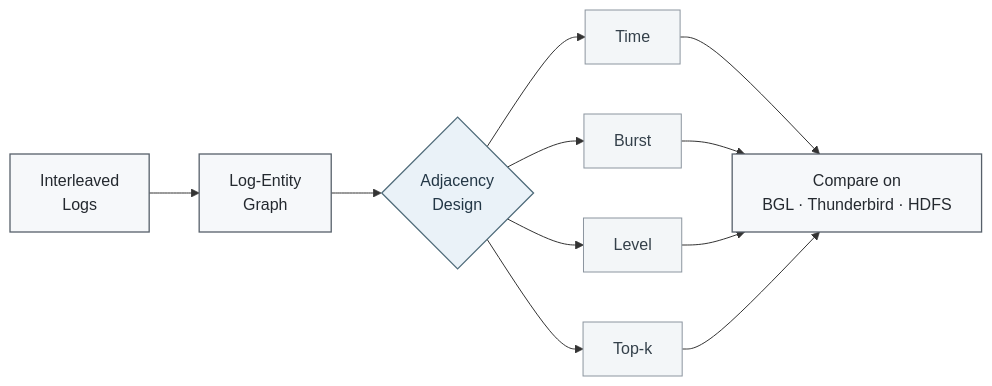
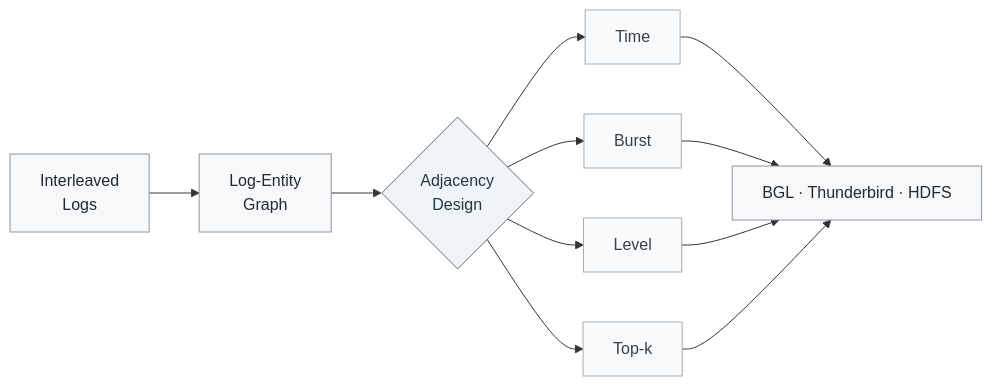
Before and after one commit to prosild/prosild: the first of 2 diagrams in README.md, drawn with Mermaid. The commit also changed other lines of this file, not shown here.

````diff
--- a/README.md
+++ b/README.md
@@ -43,23 +43,23 @@
 ```mermaid
 flowchart LR
     A["Interleaved<br/>Logs"] --> B["Log-Entity<br/>Graph"]
     B --> C{"Adjacency<br/>Design"}
 
     C --> D1["Time"]
     C --> D2["Burst"]
     C --> D3["Level"]
     C --> D4["Top-k"]
 
-    D1 --> E["Compare on<br/>BGL · Thunderbird · HDFS"]
+    D1 --> E["BGL · Thunderbird · HDFS"]
     D2 --> E
     D3 --> E
     D4 --> E
 
-    classDef main fill:#F6F8FA,stroke:#57606A,color:#24292F,stroke-width:1.3px;
-    classDef focus fill:#EAF2F8,stroke:#4F6B7A,color:#233746,stroke-width:1.3px;
-    classDef option fill:#F3F6F8,stroke:#8C959F,color:#34404A,stroke-width:1px;
+    classDef base fill:#f6f8fa,stroke:#8c959f,color:#24292f;
+    classDef focus fill:#eef4f7,stroke:#587384,color:#243746;
+    classDef signal fill:#f8fafb,stroke:#a3adb5,color:#34404a;
 
-    class A,B,E main;
+    class A,B,E base;
     class C focus;
-    class D1,D2,D3,D4 option;
+    class D1,D2,D3,D4 signal;
 ```
````
